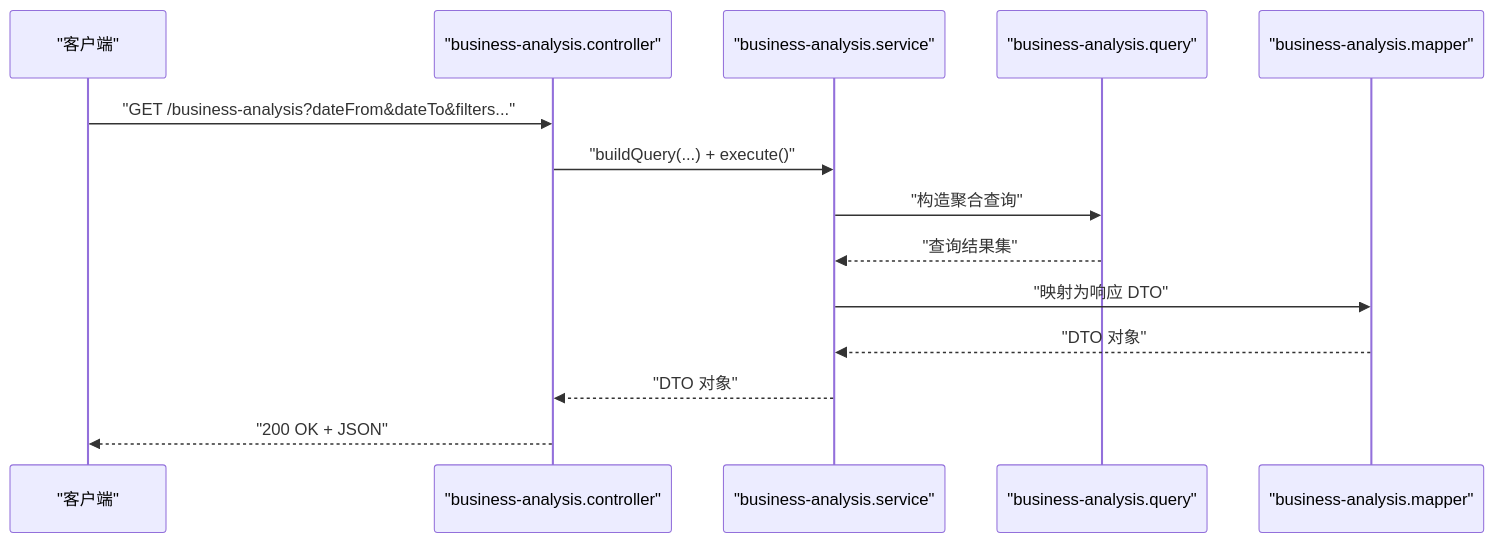
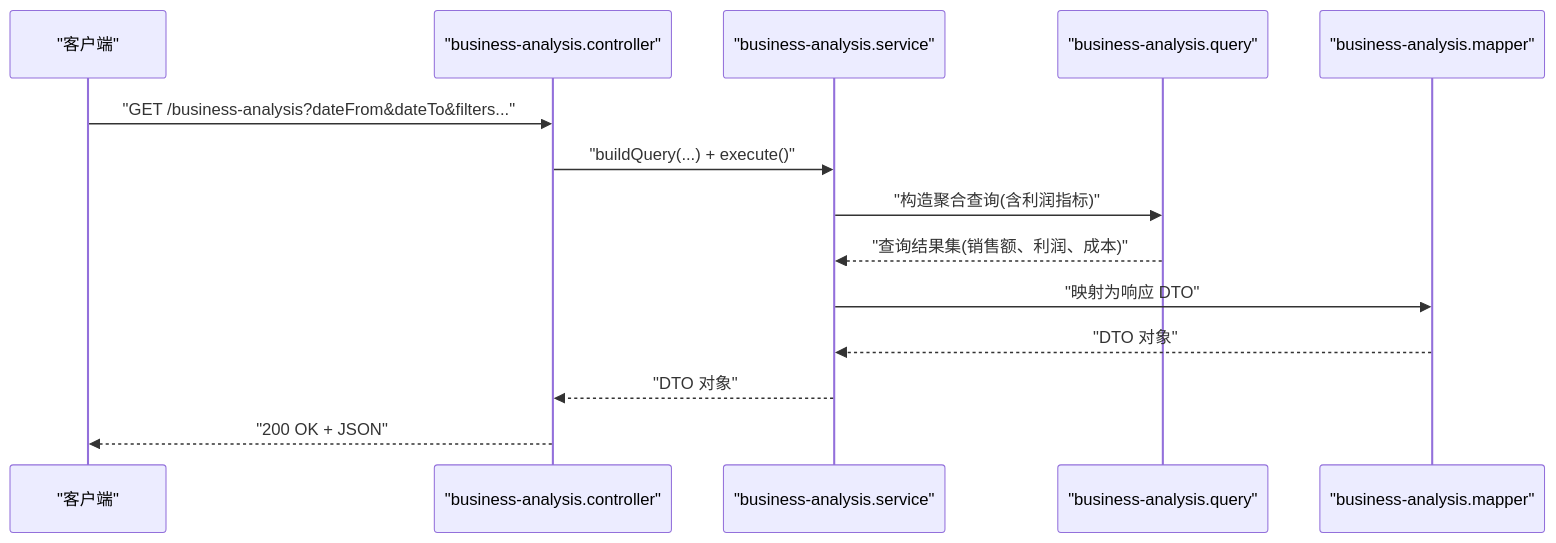
The third of 7 diagrams in .qoder/repowiki/zh/content/API 接口文档/仪表板分析接口.md (rc558620/purelyprofit-server), drawn with Mermaid before and after one commit. The commit also changed other lines of this file and 68 other files, not shown here.

````diff
--- a/.qoder/repowiki/zh/content/API 接口文档/仪表板分析接口.md
+++ b/.qoder/repowiki/zh/content/API 接口文档/仪表板分析接口.md
@@ -176,16 +192,16 @@
 ```mermaid
 sequenceDiagram
 participant Client as "客户端"
 participant Ctrl as "business-analysis.controller"
 participant Svc as "business-analysis.service"
 participant Q as "business-analysis.query"
 participant Mapper as "business-analysis.mapper"
 Client->>Ctrl : "GET /business-analysis?dateFrom&dateTo&filters..."
 Ctrl->>Svc : "buildQuery(...) + execute()"
-Svc->>Q : "构造聚合查询"
-Q-->>Svc : "查询结果集"
+Svc->>Q : "构造聚合查询(含利润指标)"
+Q-->>Svc : "查询结果集(销售额、利润、成本)"
 Svc->>Mapper : "映射为响应 DTO"
 Mapper-->>Svc : "DTO 对象"
 Svc-->>Ctrl : "DTO 对象"
 Ctrl-->>Client : "200 OK + JSON"
 ```
````
